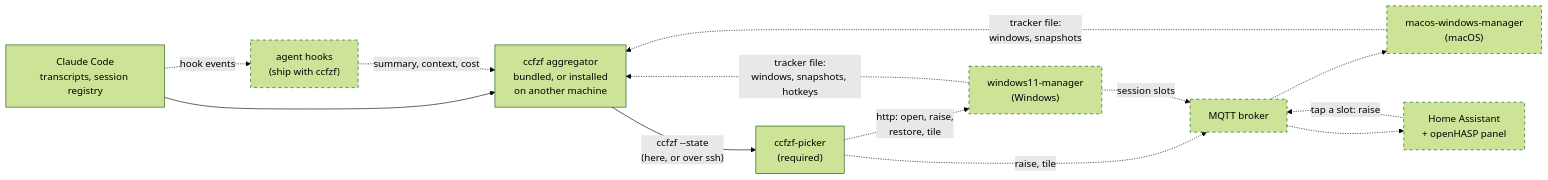
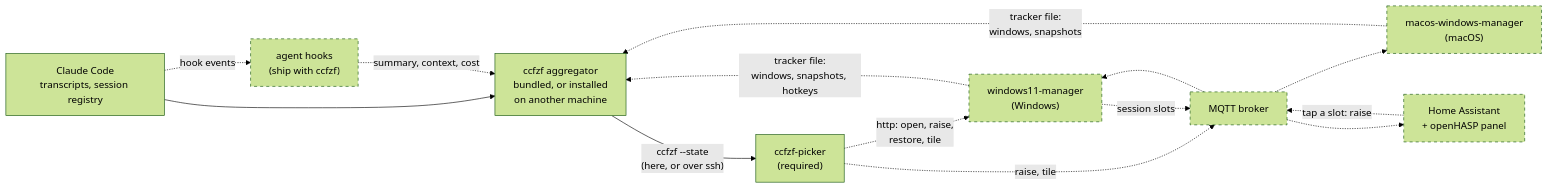
Before and after one commit to popstas/ccfzf-picker: the diagram in README.md, drawn with Mermaid (forest theme). The commit also changed other lines of this file and 3 other files, not shown here.

````diff
--- a/README.md
+++ b/README.md
@@ -53,27 +53,28 @@
 ```mermaid
 flowchart LR
   claude["Claude Code<br/>transcripts, session registry"]
   hooks["agent hooks<br/>(ship with ccfzf)"]
   ccfzf["ccfzf aggregator<br/>bundled, or installed<br/>on another machine"]
   picker["ccfzf-picker<br/>(required)"]
   w11["windows11-manager<br/>(Windows)"]
   mwm["macos-windows-manager<br/>(macOS)"]
   broker["MQTT broker"]
   ha["Home Assistant<br/>+ openHASP panel"]
 
   claude --> ccfzf
   ccfzf -- "ccfzf --state<br/>(here, or over ssh)" --> picker
   claude -. "hook events" .-> hooks
   hooks -. "summary, context, cost" .-> ccfzf
   w11 -. "tracker file:<br/>windows, snapshots, hotkeys" .-> ccfzf
   mwm -. "tracker file:<br/>windows, snapshots" .-> ccfzf
   picker -. "http: open, raise,<br/>restore, tile" .-> w11
   picker -. "raise, tile" .-> broker
   broker -.-> mwm
+  broker -.-> w11
   w11 -. "session slots" .-> broker
   broker -.-> ha
   ha -. "tap a slot: raise" .-> broker
 
   classDef optional stroke-dasharray: 5 5
   class hooks,w11,mwm,broker,ha optional
 ```
````
